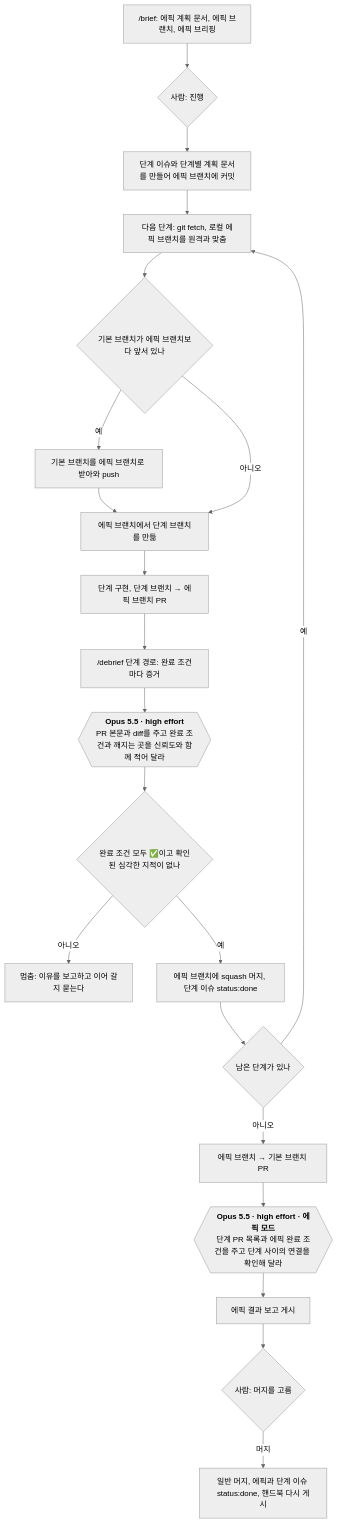
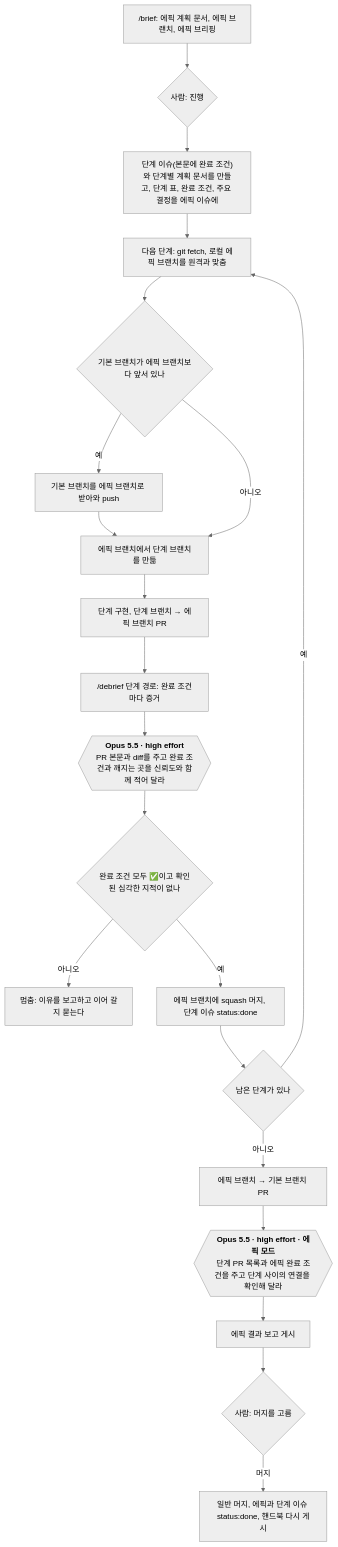
One commit to dincal/agent_logbook changed the eighth of 9 diagrams in docs/system/flows.md. Above: the diagram before and after it, drawn with Mermaid (neutral theme). The commit also changed other lines of this file and 22 other files, not shown here.

````diff
--- a/docs/system/flows.md
+++ b/docs/system/flows.md
@@ -210,24 +215,24 @@
 ```mermaid
 flowchart TD
   S["/brief: 에픽 계획 문서, 에픽 브랜치, 에픽 브리핑"] --> A{"사람: 진행"}
-  A --> C["단계 이슈와 단계별 계획 문서를 만들어 에픽 브랜치에 커밋"]
+  A --> C["단계 이슈(본문에 완료 조건)와 단계별 계획 문서를 만들고, 단계 표, 완료 조건, 주요 결정을 에픽 이슈에"]
   C --> N["다음 단계: git fetch, 로컬 에픽 브랜치를 원격과 맞춤"]
   N --> M{"기본 브랜치가 에픽 브랜치보다 앞서 있나"}
   M -->|"예"| MM["기본 브랜치를 에픽 브랜치로 받아와 push"] --> B
   M -->|"아니오"| B["에픽 브랜치에서 단계 브랜치를 만듦"]
   B --> I["단계 구현, 단계 브랜치 → 에픽 브랜치 PR"]
   I --> E["/debrief 단계 경로: 완료 조건마다 증거"]
   E --> R{{"`**Opus 5.5 · high effort**
   PR 본문과 diff를 주고 완료 조건과 깨지는 곳을 신뢰도와 함께 적어 달라`"}}
   R --> G{"완료 조건 모두 ✅이고 확인된 심각한 지적이 없나"}
   G -->|"아니오"| X["멈춤: 이유를 보고하고 이어 갈지 묻는다"]
   G -->|"예"| Q["에픽 브랜치에 squash 머지, 단계 이슈 status:done"]
   Q --> L{"남은 단계가 있나"}
   L -->|"예"| N
   L -->|"아니오"| P["에픽 브랜치 → 기본 브랜치 PR"]
   P --> ER{{"`**Opus 5.5 · high effort · 에픽 모드**
   단계 PR 목록과 에픽 완료 조건을 주고 단계 사이의 연결을 확인해 달라`"}}
   ER --> H["에픽 결과 보고 게시"]
   H --> HQ{"사람: 머지를 고름"}
   HQ -->|"머지"| MG["일반 머지, 에픽과 단계 이슈 status:done, 핸드북 다시 게시"]
 ```
````
